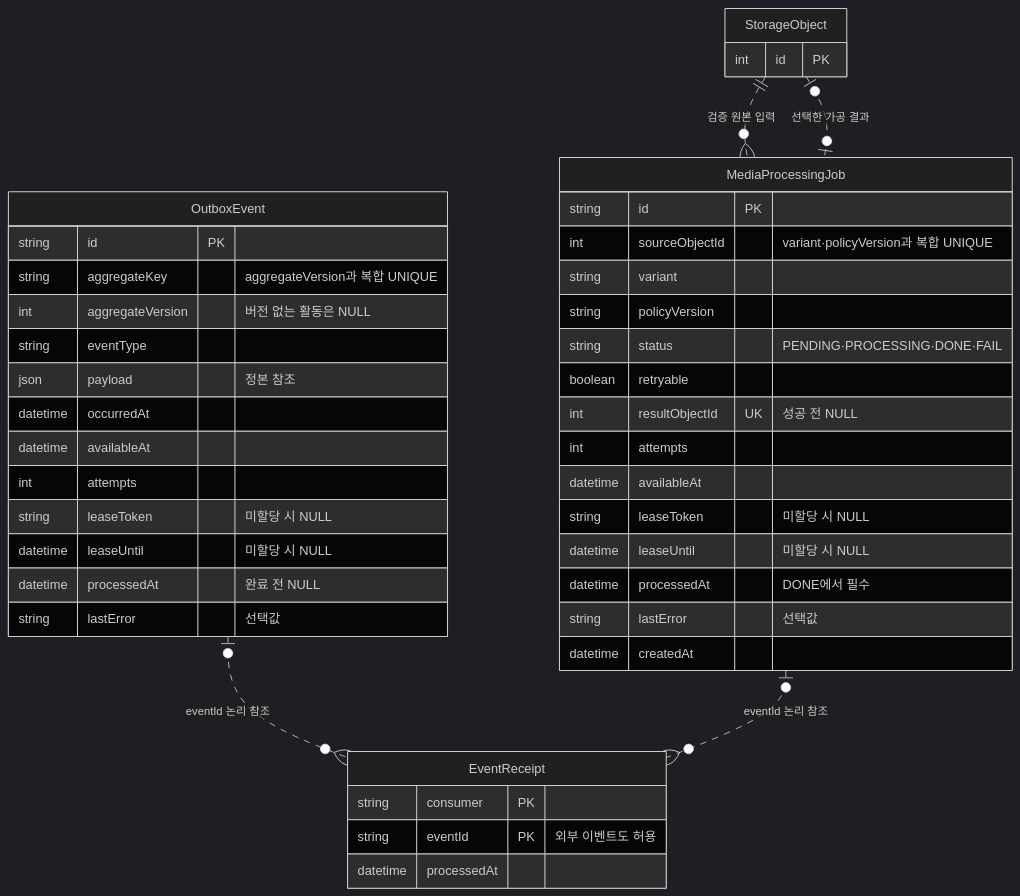
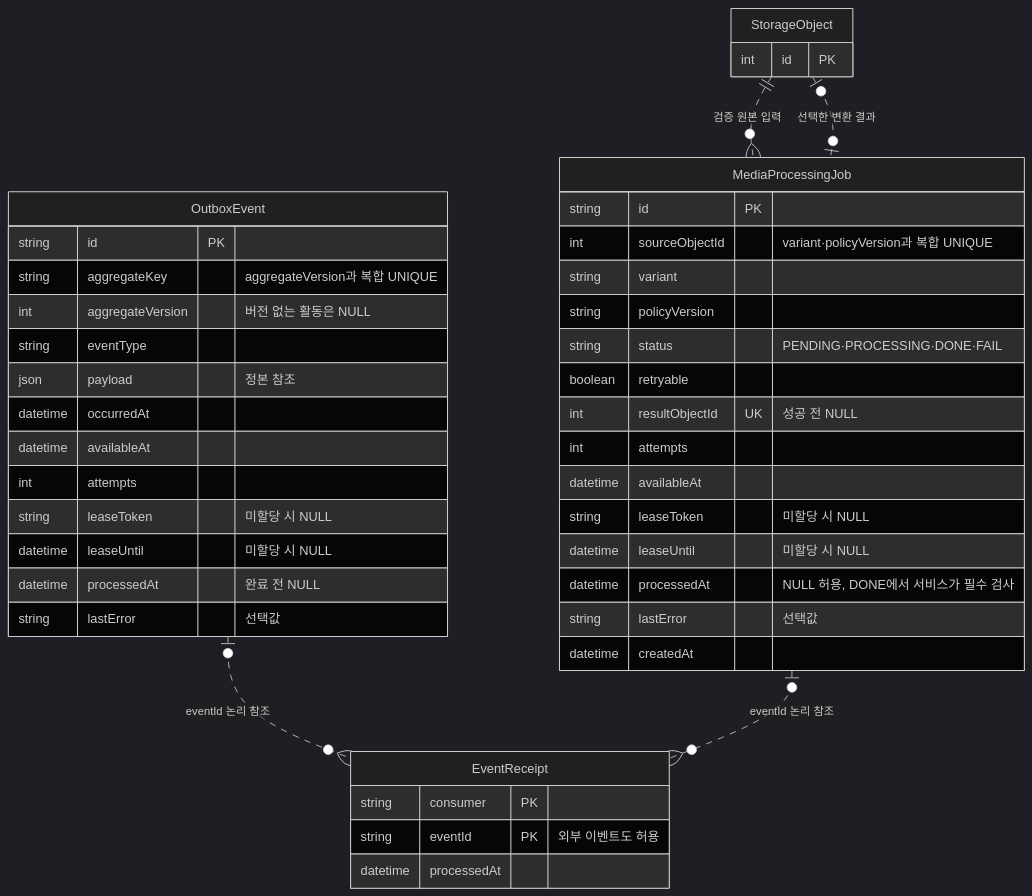
The tenth of 10 diagrams in docs/request-failure-management.md (luke0408/blog-erd), drawn with Mermaid (dark theme) before and after one commit. The commit also changed other lines of this file and 5 other files, not shown here.

Commit message:
docs(erd): reorder student questions by design requirements

````diff
--- a/docs/request-failure-management.md
+++ b/docs/request-failure-management.md
@@ -347,45 +313,45 @@
 ```mermaid
 erDiagram
     OutboxEvent {
         string id PK
         string aggregateKey "aggregateVersion과 복합 UNIQUE"
         int aggregateVersion "버전 없는 활동은 NULL"
         string eventType
         json payload "정본 참조"
         datetime occurredAt
         datetime availableAt
         int attempts
         string leaseToken "미할당 시 NULL"
         datetime leaseUntil "미할당 시 NULL"
         datetime processedAt "완료 전 NULL"
         string lastError "선택값"
     }
     EventReceipt {
         string consumer PK
         string eventId PK "외부 이벤트도 허용"
         datetime processedAt
     }
     MediaProcessingJob {
         string id PK
         int sourceObjectId "variant·policyVersion과 복합 UNIQUE"
         string variant
         string policyVersion
         string status "PENDING·PROCESSING·DONE·FAIL"
         boolean retryable
         int resultObjectId UK "성공 전 NULL"
         int attempts
         datetime availableAt
         string leaseToken "미할당 시 NULL"
         datetime leaseUntil "미할당 시 NULL"
-        datetime processedAt "DONE에서 필수"
+        datetime processedAt "NULL 허용, DONE에서 서비스가 필수 검사"
         string lastError "선택값"
         datetime createdAt
     }
     StorageObject {
         int id PK
     }
     OutboxEvent |o..o{ EventReceipt : "eventId 논리 참조"
     MediaProcessingJob |o..o{ EventReceipt : "eventId 논리 참조"
     StorageObject ||..o{ MediaProcessingJob : "검증 원본 입력"
-    StorageObject |o..o| MediaProcessingJob : "선택한 가공 결과"
+    StorageObject |o..o| MediaProcessingJob : "선택한 변환 결과"
 ```
````
